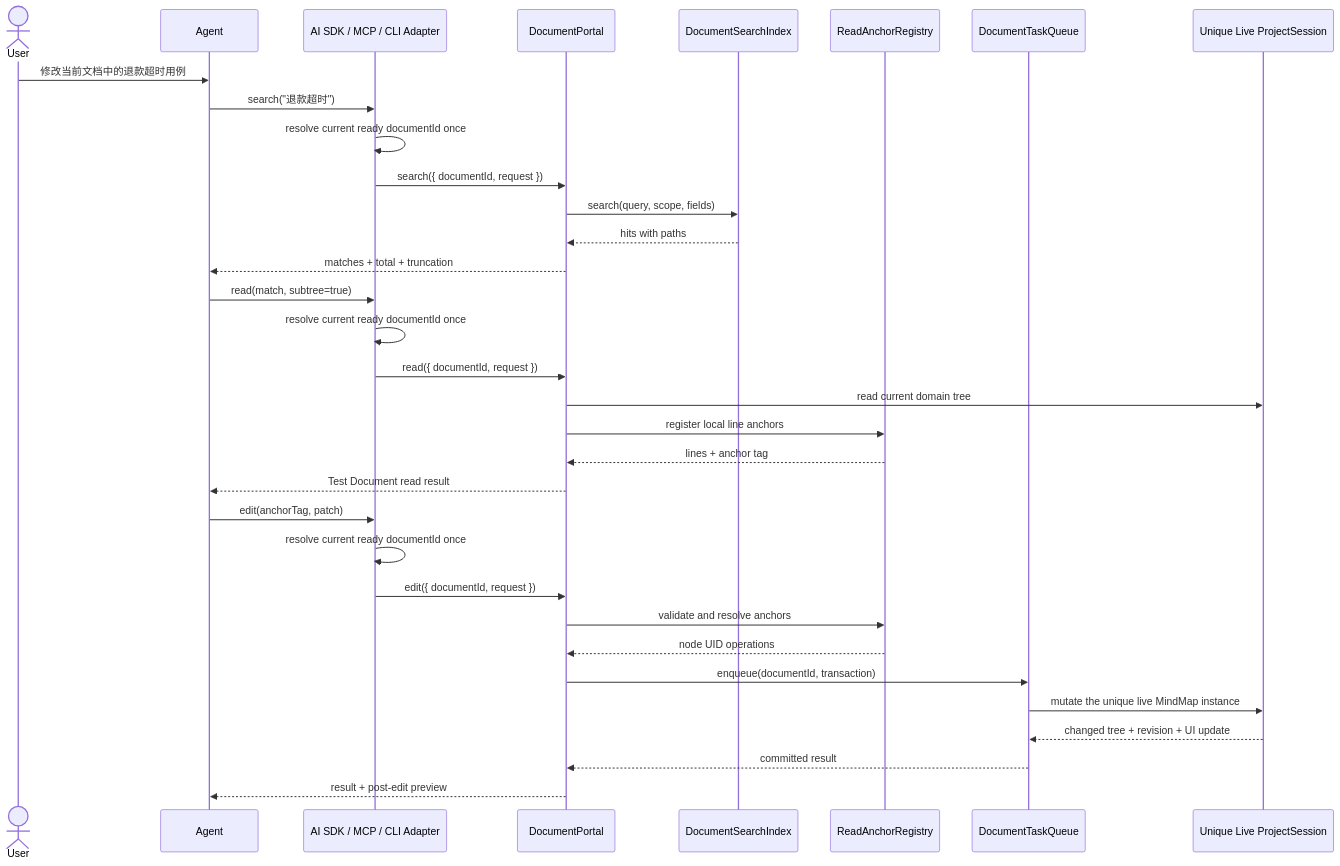
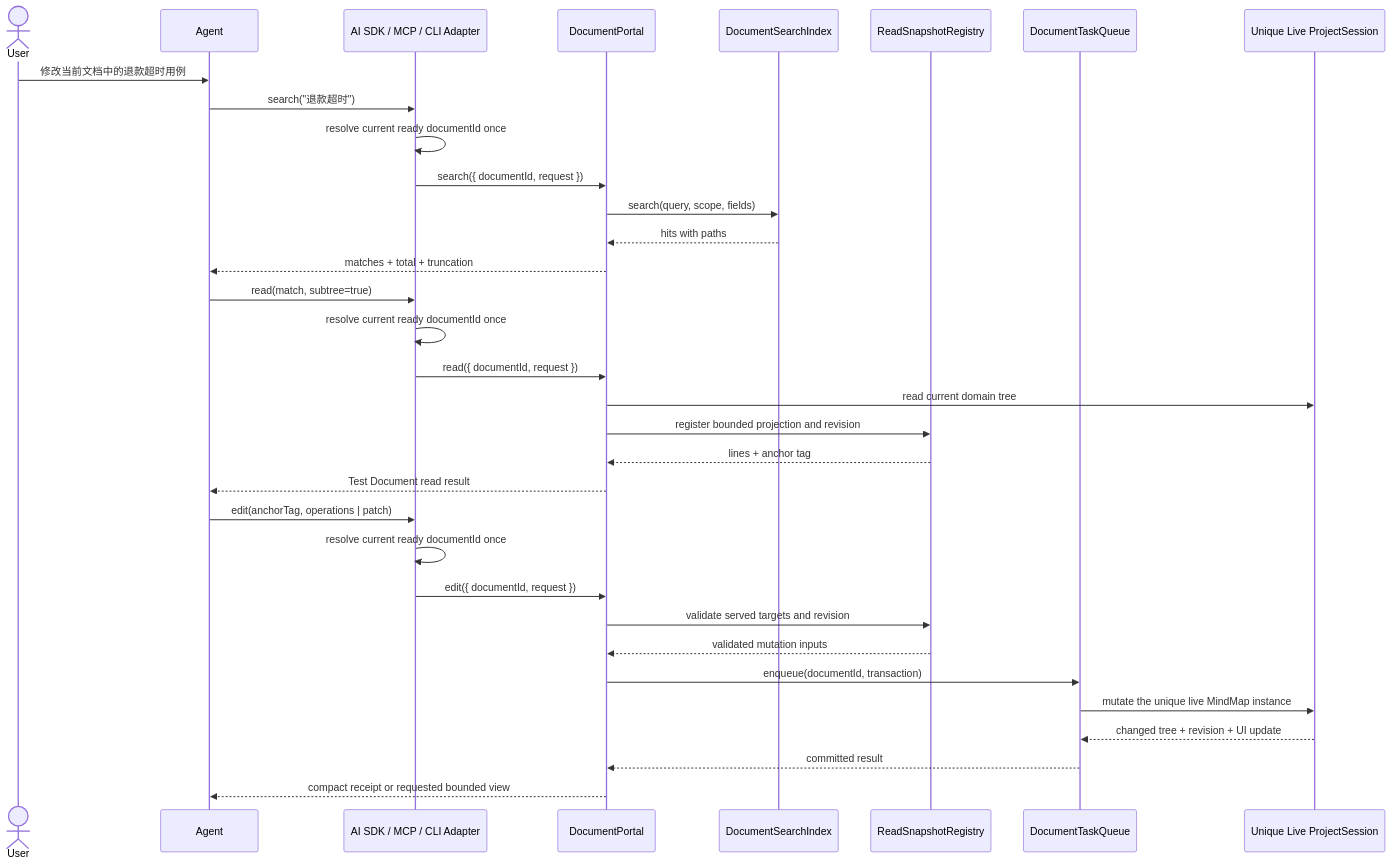
Before and after one commit to zoeymind/zoeymind-desktop: the second of 3 diagrams in docs/architecture/document-automation-portal.md, drawn with Mermaid. The commit also changed other lines of this file and 37 other files, not shown here.

````diff
--- a/docs/architecture/document-automation-portal.md
+++ b/docs/architecture/document-automation-portal.md
@@ -200,36 +208,36 @@
 ```mermaid
 sequenceDiagram
     actor User
     participant Agent
     participant Adapter as AI SDK / MCP / CLI Adapter
     participant Portal as DocumentPortal
     participant Index as DocumentSearchIndex
-    participant Anchors as ReadAnchorRegistry
+    participant Snapshots as ReadSnapshotRegistry
     participant Queue as DocumentTaskQueue
     participant Session as Unique Live ProjectSession
 
     User->>Agent: 修改当前文档中的退款超时用例
     Agent->>Adapter: search("退款超时")
     Adapter->>Adapter: resolve current ready documentId once
     Adapter->>Portal: search({ documentId, request })
     Portal->>Index: search(query, scope, fields)
     Index-->>Portal: hits with paths
     Portal-->>Agent: matches + total + truncation
     Agent->>Adapter: read(match, subtree=true)
     Adapter->>Adapter: resolve current ready documentId once
     Adapter->>Portal: read({ documentId, request })
     Portal->>Session: read current domain tree
-    Portal->>Anchors: register local line anchors
-    Anchors-->>Portal: lines + anchor tag
+    Portal->>Snapshots: register bounded projection and revision
+    Snapshots-->>Portal: lines + anchor tag
     Portal-->>Agent: Test Document read result
-    Agent->>Adapter: edit(anchorTag, patch)
+    Agent->>Adapter: edit(anchorTag, operations | patch)
     Adapter->>Adapter: resolve current ready documentId once
     Adapter->>Portal: edit({ documentId, request })
-    Portal->>Anchors: validate and resolve anchors
-    Anchors-->>Portal: node UID operations
+    Portal->>Snapshots: validate served targets and revision
+    Snapshots-->>Portal: validated mutation inputs
     Portal->>Queue: enqueue(documentId, transaction)
     Queue->>Session: mutate the unique live MindMap instance
     Session-->>Queue: changed tree + revision + UI update
     Queue-->>Portal: committed result
-    Portal-->>Agent: result + post-edit preview
+    Portal-->>Agent: compact receipt or requested bounded view
 ```
````
